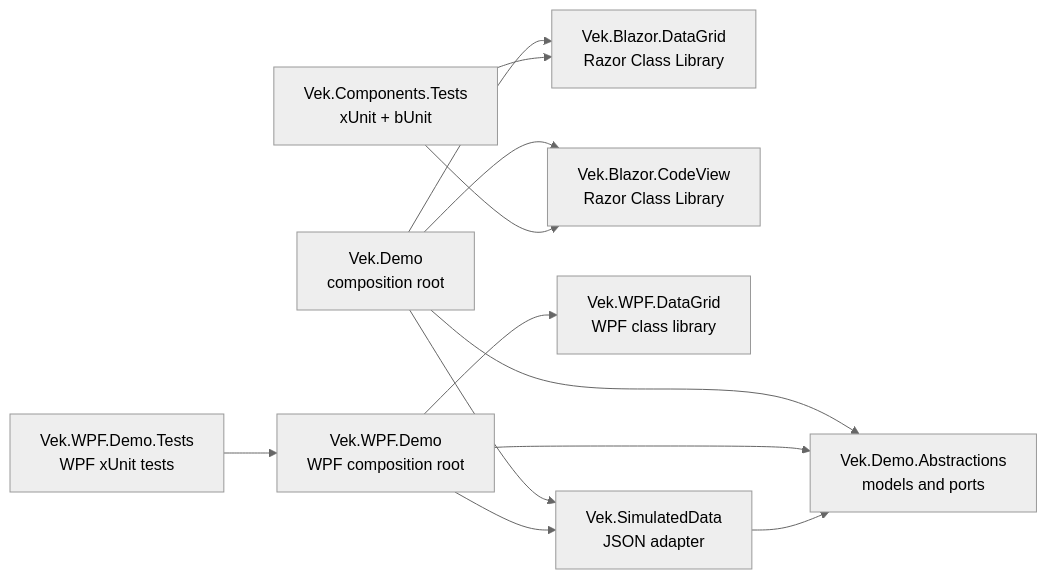
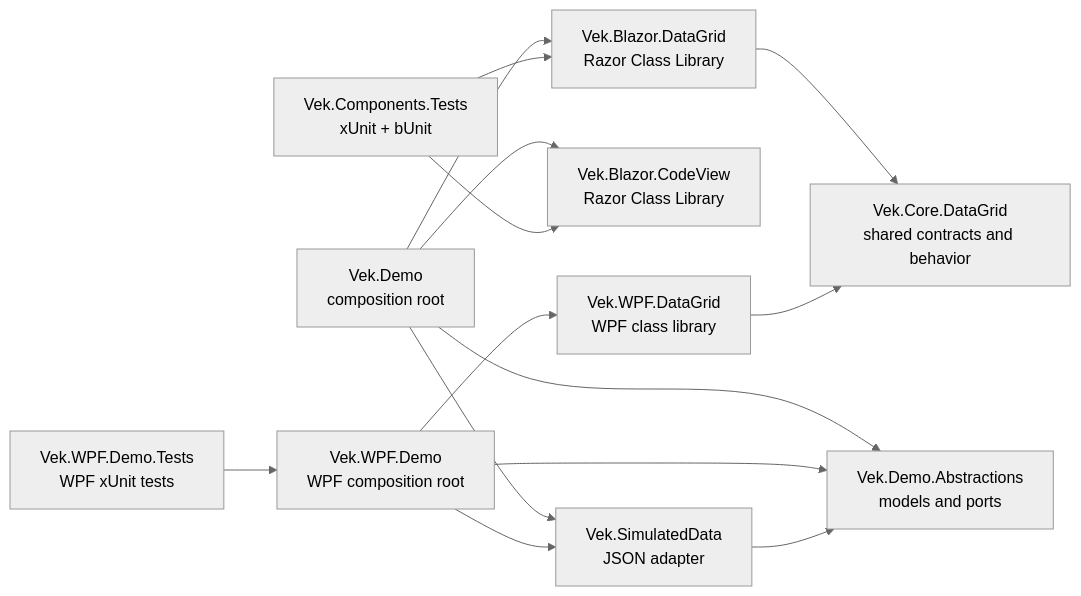
One commit to madiseh/Vek changed the diagram in docs/1.governance/architecture.md. Above: the diagram before and after it, drawn with Mermaid (neutral theme). The commit also changed other lines of this file and 60 other files, not shown here.

````diff
--- a/docs/1.governance/architecture.md
+++ b/docs/1.governance/architecture.md
@@ -21,24 +22,27 @@
 ```mermaid
 flowchart LR
     Demo[Vek.Demo<br/>composition root]
     DataGrid[Vek.Blazor.DataGrid<br/>Razor Class Library]
+    CoreGrid[Vek.Core.DataGrid<br/>shared contracts and behavior]
     CodeView[Vek.Blazor.CodeView<br/>Razor Class Library]
     WpfDemo[Vek.WPF.Demo<br/>WPF composition root]
     WpfDataGrid[Vek.WPF.DataGrid<br/>WPF class library]
     Ports[Vek.Demo.Abstractions<br/>models and ports]
     SimData[Vek.SimulatedData<br/>JSON adapter]
     Tests[Vek.Components.Tests<br/>xUnit + bUnit]
     WpfTests[Vek.WPF.Demo.Tests<br/>WPF xUnit tests]
 
     Demo --> DataGrid
+    DataGrid --> CoreGrid
     Demo --> CodeView
     Demo --> Ports
     Demo --> SimData
     WpfDemo --> WpfDataGrid
+    WpfDataGrid --> CoreGrid
     WpfDemo --> Ports
     WpfDemo --> SimData
     SimData --> Ports
     Tests --> DataGrid
     Tests --> CodeView
     WpfTests --> WpfDemo
 ```
````
